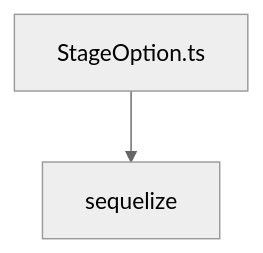
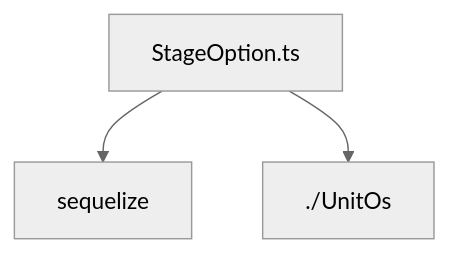
Before and after one commit to alcompstudio/studio-current: the diagram in docs/components/lib/models/StageOption.md, drawn with Mermaid (neutral theme). The commit also changed 384 other files, not shown here.

````diff
--- a/docs/components/lib/models/StageOption.md
+++ b/docs/components/lib/models/StageOption.md
@@ -7,6 +7,8 @@
 ```mermaid
 flowchart TD
     StageOption_ts[StageOption.ts]
     sequelize[sequelize]
     StageOption_ts --> sequelize
+    UnitOs[./UnitOs]
+    StageOption_ts --> UnitOs
 ```
````
